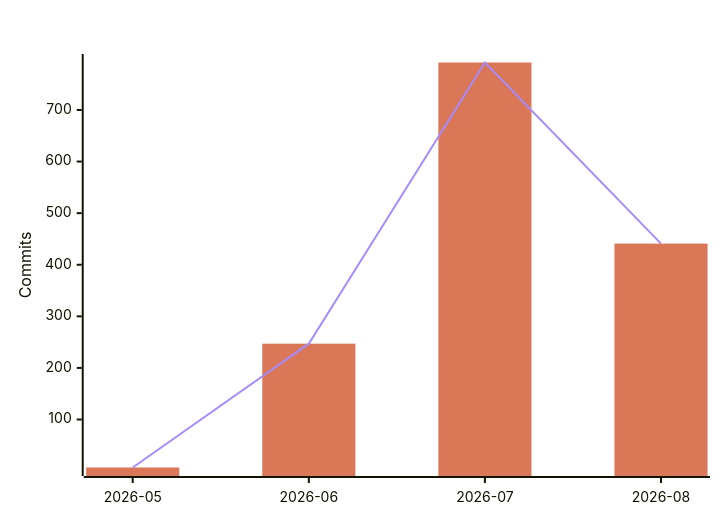
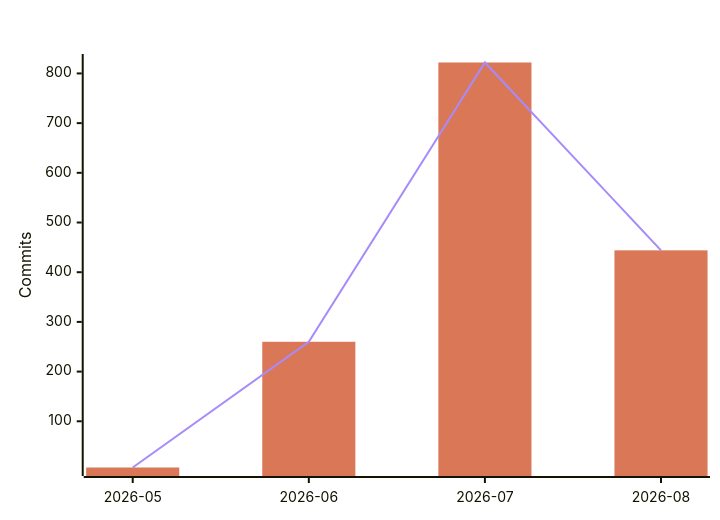
One commit to polo-nyan/polo-nyan changed the fourth of 7 diagrams in README.md. Above: the diagram before and after it, drawn with Mermaid. The commit also changed other lines of this file and 1 other file, not shown here.

````diff
--- a/README.md
+++ b/README.md
@@ -294,9 +294,9 @@
 ```mermaid
 %%{init: {"xyChart": {"titleColor": "#ffffff", "xAxisLabelColor": "#ffffff", "yAxisLabelColor": "#ffffff"}, "themeVariables": {"xyChart": {"titleColor": "#ffffff", "plotColorPalette": "#d97757, #a78bfa"}}}}%%
 xychart-beta
     title "AI-Assisted Commits Per Month"
     x-axis ["2026-05", "2026-06", "2026-07", "2026-08"]
     y-axis "Commits"
-    bar [7, 247, 792, 441]
-    line [7, 247, 792, 441]
+    bar [7, 260, 822, 444]
+    line [7, 260, 822, 444]
 ```
````
